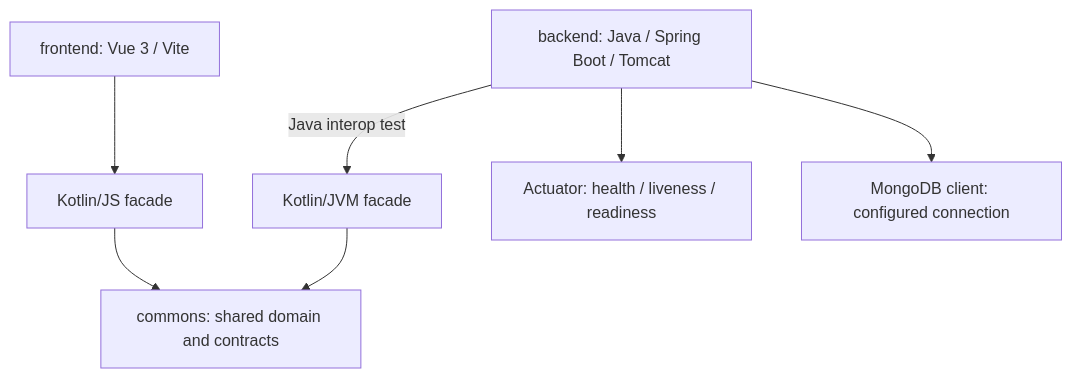
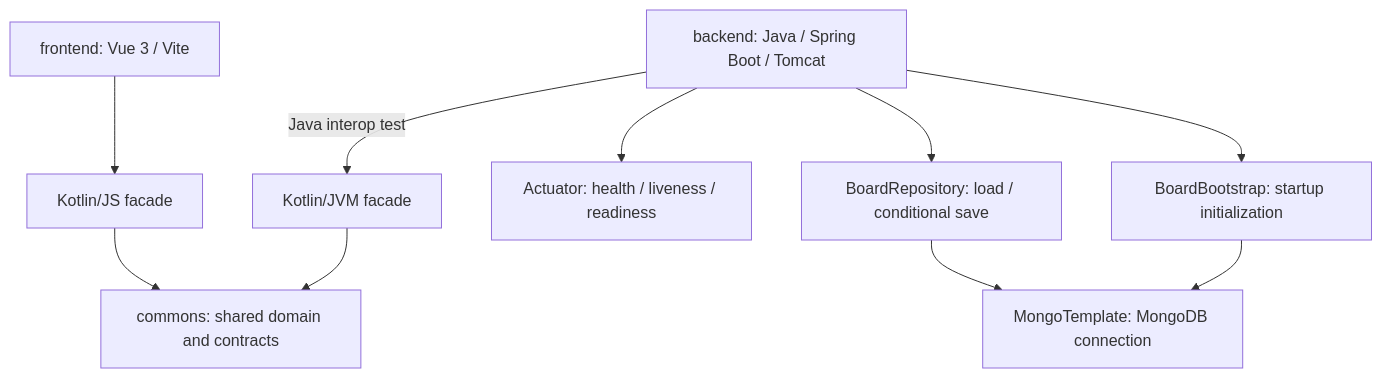
One commit to lorenzotosi/sticky-notes changed the first of 3 diagrams in docs/architecture.md. Above: the diagram before and after it, drawn with Mermaid. The commit also changed other lines of this file and 17 other files, not shown here.

First line of the commit message:
feat(persistence): store board aggregate with conditional writes

````diff
--- a/docs/architecture.md
+++ b/docs/architecture.md
@@ -12,9 +12,12 @@
 ```mermaid
 graph TD
     Frontend["frontend: Vue 3 / Vite"] --> JsFacade["Kotlin/JS facade"]
     Backend["backend: Java / Spring Boot / Tomcat"] -->|Java interop test| JvmFacade["Kotlin/JVM facade"]
     JsFacade --> Domain["commons: shared domain and contracts"]
     JvmFacade --> Domain
     Backend --> Health["Actuator: health / liveness / readiness"]
-    Backend --> MongoClient["MongoDB client: configured connection"]
+    Backend --> Repository["BoardRepository: load / conditional save"]
+    Repository --> MongoClient["MongoTemplate: MongoDB connection"]
+    Backend --> Bootstrap["BoardBootstrap: startup initialization"]
+    Bootstrap --> MongoClient
 ```
````
